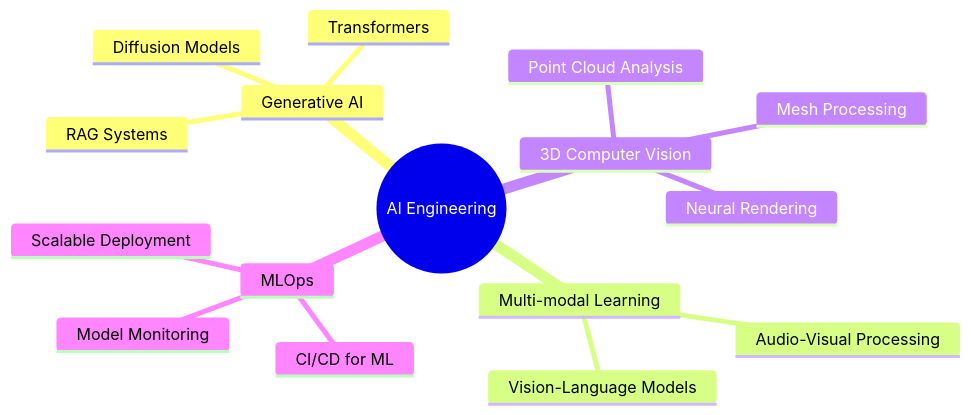
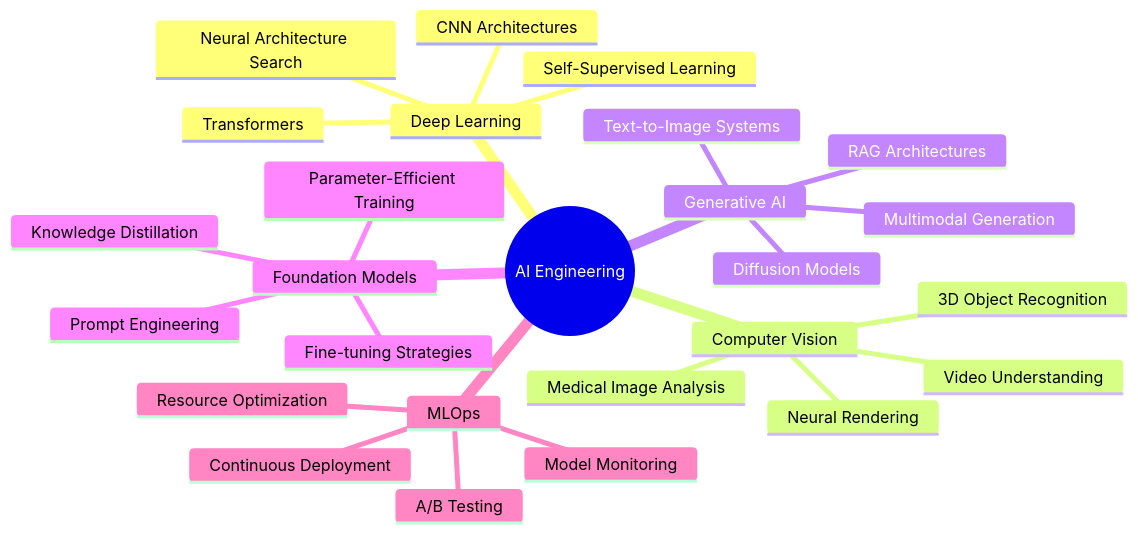
Before and after one commit to ennajari/ennajari: the first of 6 diagrams in README.md, drawn with Mermaid. The commit also changed other lines of this file, not shown here.

````diff
--- a/README.md
+++ b/README.md
@@ -94,19 +76,29 @@
-```mermaid
+  ```mermaid
 mindmap
   root((AI Engineering))
+    Deep Learning
+      CNN Architectures
+      Transformers
+      Self-Supervised Learning
+      Neural Architecture Search
+    Computer Vision
+      3D Object Recognition
+      Video Understanding
+      Medical Image Analysis
+      Neural Rendering
     Generative AI
       Diffusion Models
-      Transformers
-      RAG Systems
-    Multi-modal Learning
-      Vision-Language Models
-      Audio-Visual Processing
-    3D Computer Vision
-      Neural Rendering
-      Point Cloud Analysis
-      Mesh Processing
+      Text-to-Image Systems
+      RAG Architectures
+      Multimodal Generation
+    Foundation Models
+      Fine-tuning Strategies
+      Parameter-Efficient Training
+      Prompt Engineering
+      Knowledge Distillation
     MLOps
-      CI/CD for ML
       Model Monitoring
-      Scalable Deployment
+      Continuous Deployment
+      A/B Testing
+      Resource Optimization
 ```
````
